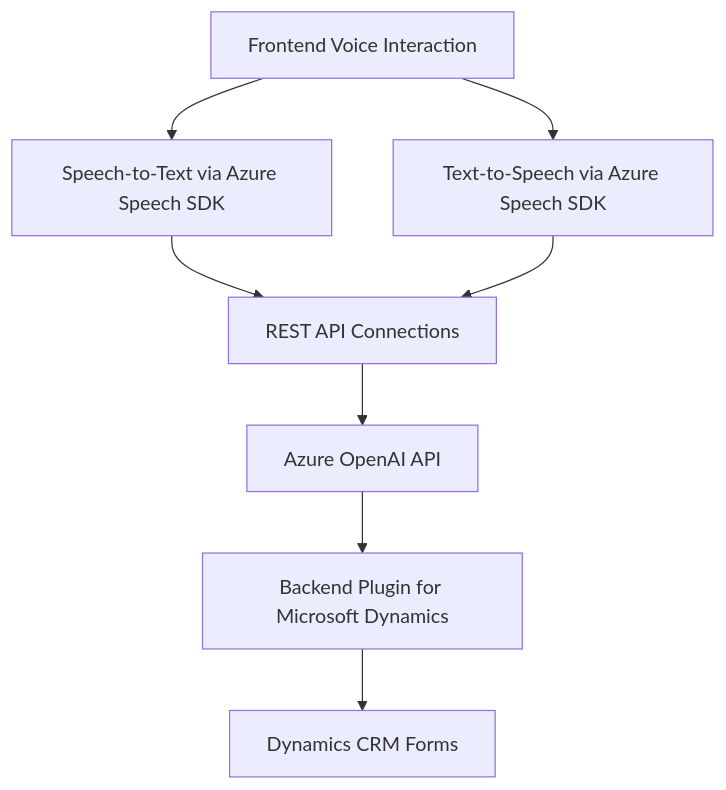
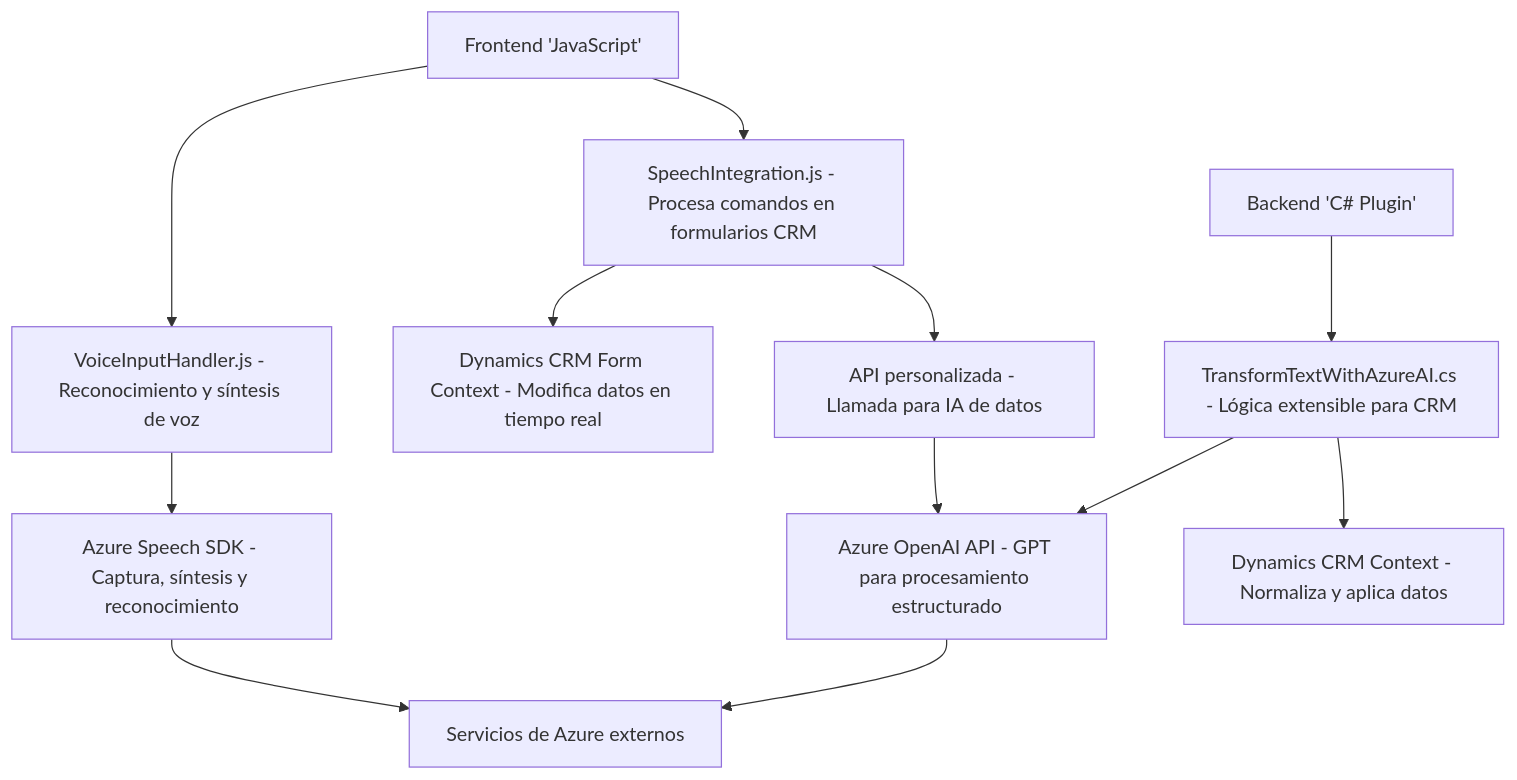
One commit to blopezdm/NETCORE_BILBAO2025 changed the diagram in README.md. Above: the diagram before and after it, drawn with Mermaid. The commit also changed other lines of this file, not shown here.

````diff
--- a/README.md
+++ b/README.md
@@ -34,18 +61,20 @@
 ```mermaid
 graph TD
-    A["Frontend Voice Interaction"]
-    B["Speech-to-Text via Azure Speech SDK"]
-    C["Text-to-Speech via Azure Speech SDK"]
-    D["Backend Plugin for Microsoft Dynamics"]
-    E["Azure OpenAI API"]
-    F["Dynamics CRM Forms"]
-    G["REST API Connections"]
+    A["Frontend 'JavaScript'"]
+    A --> B["VoiceInputHandler.js - Reconocimiento y síntesis de voz"]
+    A --> C["SpeechIntegration.js - Procesa comandos en formularios CRM"]
+    
+    B --> D["Azure Speech SDK - Captura, síntesis y reconocimiento"]
+    C --> E["Dynamics CRM Form Context - Modifica datos en tiempo real"]
+    C --> F["API personalizada - Llamada para IA de datos"]
+    
+    F --> G["Azure OpenAI API - GPT para procesamiento estructurado"]
 
-    A --> B
-    A --> C
-    B --> G
-    C --> G
-    G --> E
-    E --> D
-    D --> F
+    H["Backend 'C# Plugin'"]
+    H --> I["TransformTextWithAzureAI.cs - Lógica extensible para CRM"]
+    I --> G
+    I --> J["Dynamics CRM Context - Normaliza y aplica datos"]
+
+    D --> K["Servicios de Azure externos"]
+    G --> K
 ```
````
